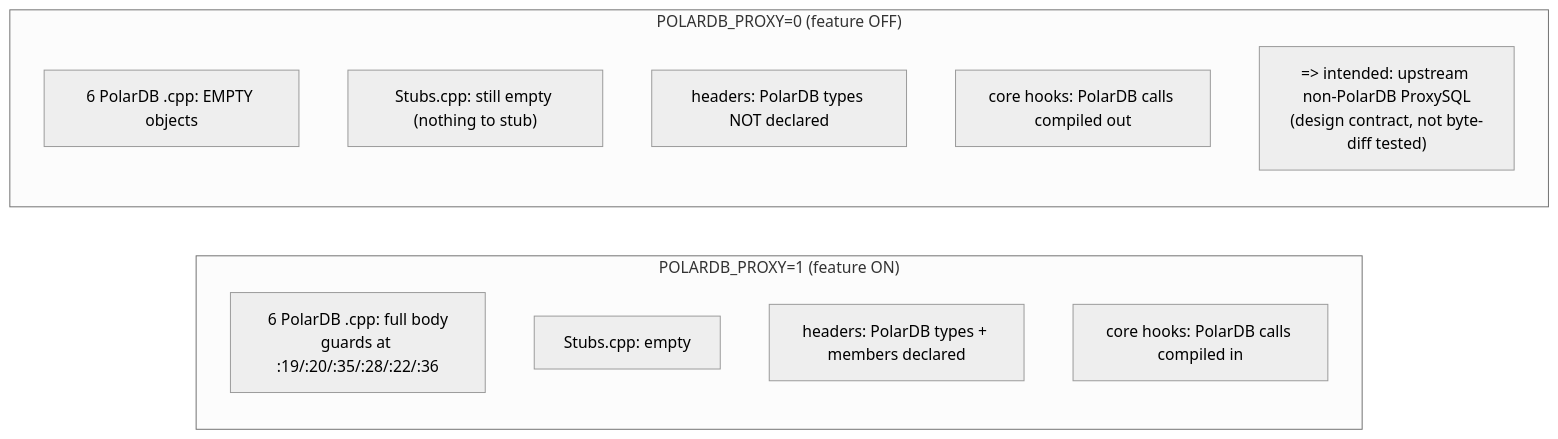
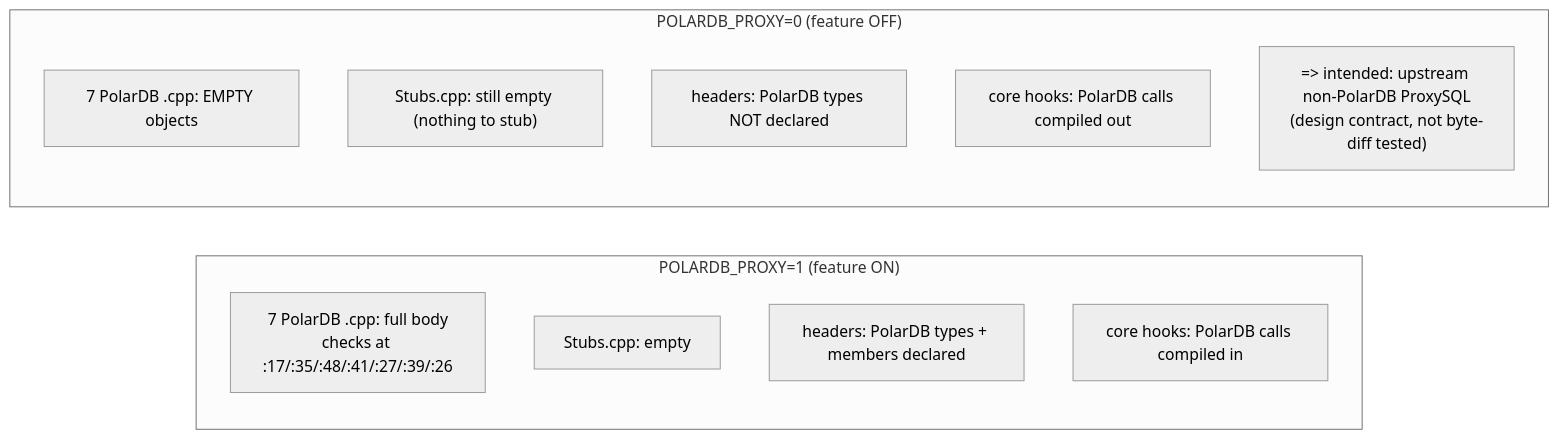
Before and after one commit to awide-labs/polar-proxy: the second of 4 diagrams in doc/polardb-arch/02-BUILD-TOGGLE-AND-LIBPQ.md, drawn with Mermaid (neutral theme). The commit also changed other lines of this file and 21 other files, not shown here.

````diff
--- a/doc/polardb-arch/02-BUILD-TOGGLE-AND-LIBPQ.md
+++ b/doc/polardb-arch/02-BUILD-TOGGLE-AND-LIBPQ.md
@@ -457,16 +500,16 @@
 ```mermaid
 flowchart LR
   subgraph ON["POLARDB_PROXY=1 (feature ON)"]
-    O1["6 PolarDB .cpp: full body<br/>guards at :19/:20/:35/:28/:22/:36"]
+    O1["7 PolarDB .cpp: full body<br/>checks at :17/:35/:48/:41/:27/:39/:26"]
     O2["Stubs.cpp: empty"]
     O3["headers: PolarDB types + members declared"]
     O4["core hooks: PolarDB calls compiled in"]
   end
   subgraph OFF["POLARDB_PROXY=0 (feature OFF)"]
-    F1["6 PolarDB .cpp: EMPTY objects"]
+    F1["7 PolarDB .cpp: EMPTY objects"]
     F2["Stubs.cpp: still empty (nothing to stub)"]
     F3["headers: PolarDB types NOT declared"]
     F4["core hooks: PolarDB calls compiled out"]
     F5["=> intended: upstream non-PolarDB ProxySQL<br/>(design contract, not byte-diff tested)"]
   end
 ```
````
